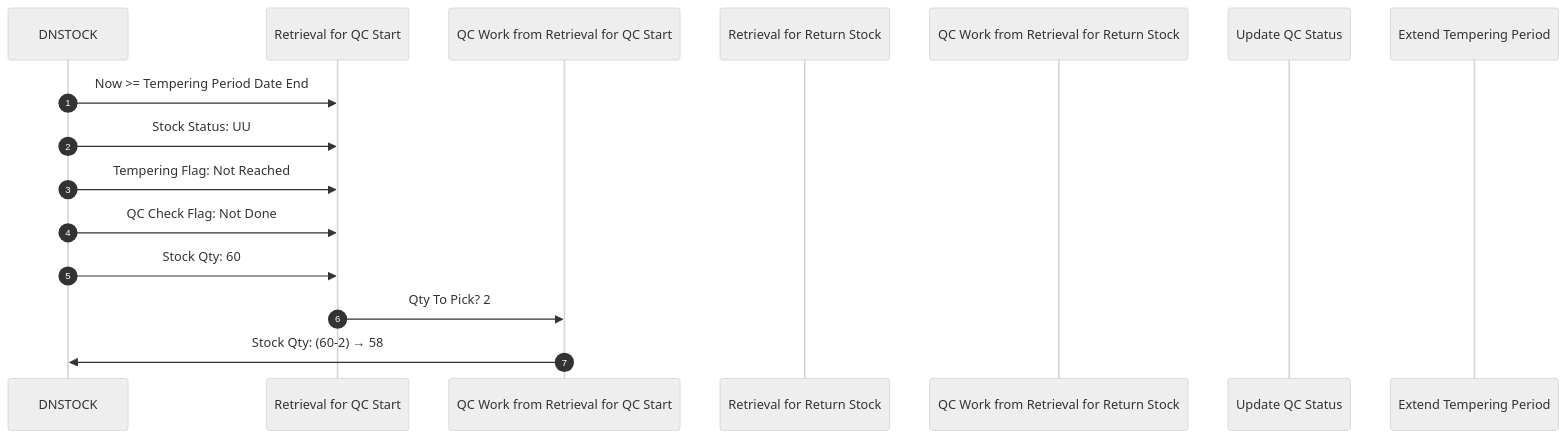
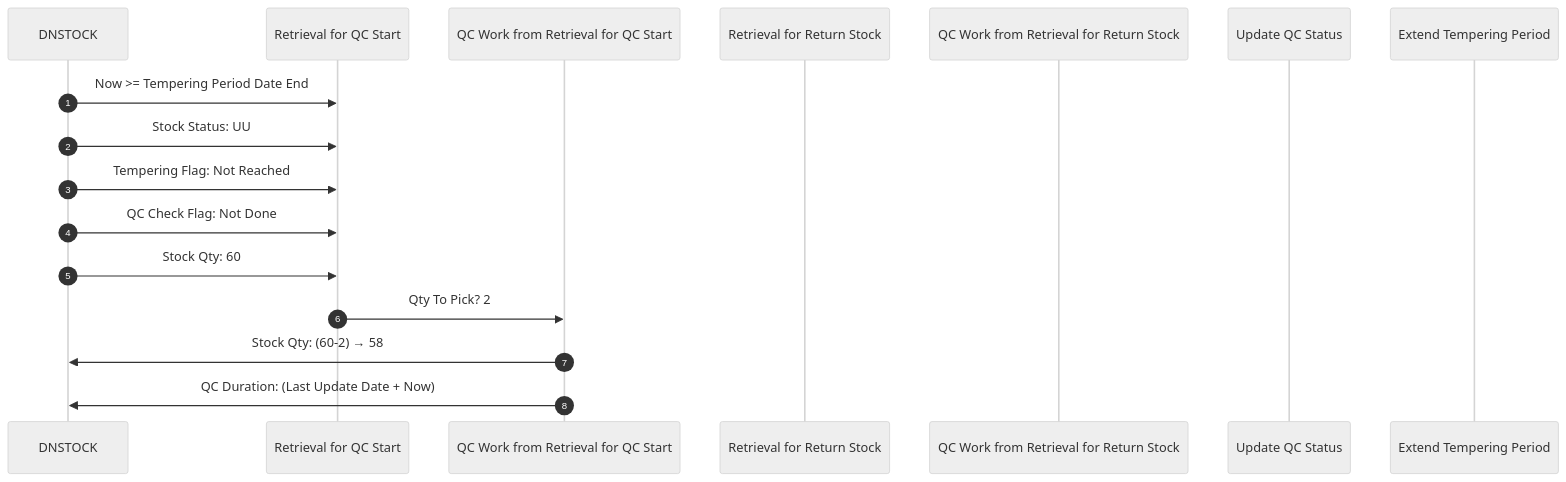
Before and after one commit to luthfiadityaa/SimeDarby-Wiki: the diagram in Basic-Design/DFD-WMS/Retrieval/QC-Setting.md, drawn with Mermaid (neutral theme).

Commit message:
Updated QC Setting

```diff
--- a/Basic-Design/DFD-WMS/Retrieval/QC-Setting.md
+++ b/Basic-Design/DFD-WMS/Retrieval/QC-Setting.md
@@ -11,25 +11,26 @@
 ::: mermaid
 sequenceDiagram
     autonumber
 
     participant DNSTOCK
     participant Retrieval for QC Start
     participant QC Work from Retrieval for QC Start
     participant Retrieval for Return Stock
     participant QC Work from Retrieval for Return Stock
     participant Update QC Status
     participant Extend Tempering Period
 
     %% --- 1. Retrieval for QC Start ---
     DNSTOCK ->> Retrieval for QC Start: Now >= Tempering Period Date End
     DNSTOCK ->> Retrieval for QC Start: Stock Status: UU  
     DNSTOCK ->> Retrieval for QC Start: Tempering Flag: Not Reached 
     DNSTOCK ->> Retrieval for QC Start: QC Check Flag: Not Done
     DNSTOCK ->> Retrieval for QC Start: Stock Qty: 60
 
     %% --- 2. Tempering Periods Passed ---
     Retrieval for QC Start ->> QC Work from Retrieval for QC Start: Qty To Pick?  2
 
     %% --- 3. QC Work from Retrieval for QC Start ---
     QC Work from Retrieval for QC Start ->> DNSTOCK: Stock Qty: (60-2) → 58
+    QC Work from Retrieval for QC Start ->> DNSTOCK: QC Duration: (Last Update Date + Now)
 :::
```
